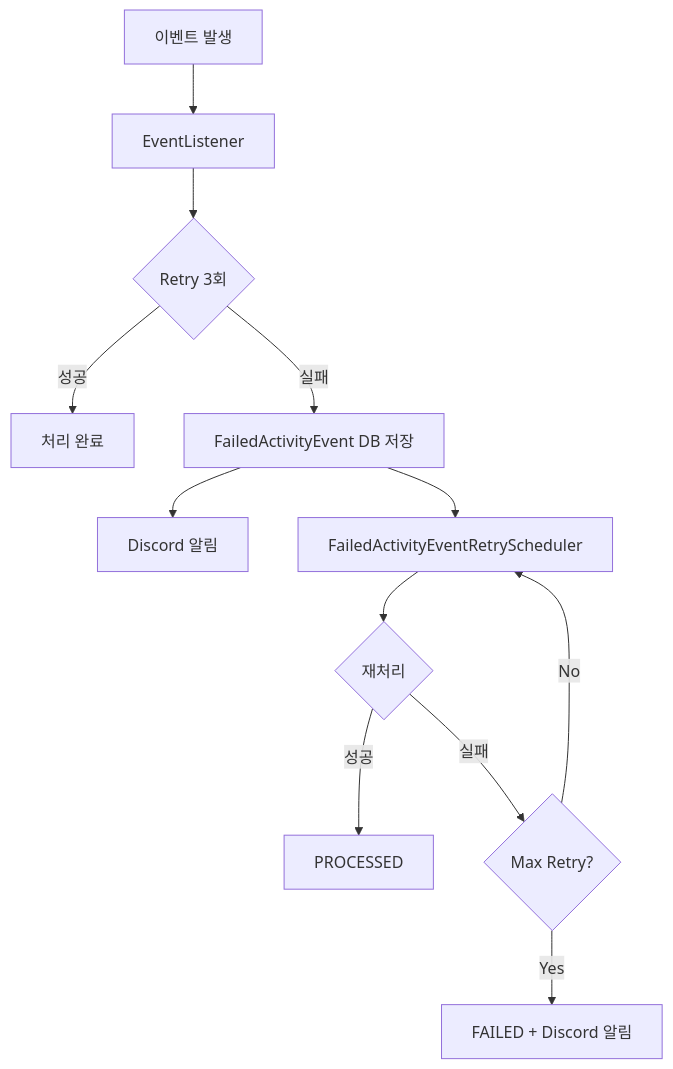
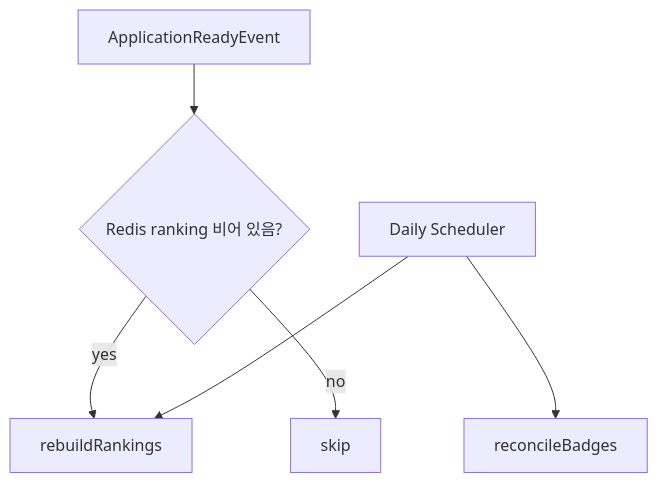
Before and after one commit to beginner0107/eventitta: the seventh of 9 diagrams in docs/ARCHITECTURE.md, drawn with Mermaid. The commit also changed other lines of this file and 949 other files, not shown here.

````diff
--- a/docs/ARCHITECTURE.md
+++ b/docs/ARCHITECTURE.md
@@ -261,14 +345,8 @@
 ```mermaid
 flowchart TD
-    A[이벤트 발생] --> B[EventListener]
-    B --> C{Retry 3회}
-    C -->|성공| D[처리 완료]
-    C -->|실패| E[FailedActivityEvent DB 저장]
-    E --> F[Discord 알림]
-    E --> G[FailedActivityEventRetryScheduler]
-    G --> H{재처리}
-    H -->|성공| I[PROCESSED]
-    H -->|실패| J{Max Retry?}
-    J -->|No| G
-    J -->|Yes| K[FAILED + Discord 알림]
+    A[ApplicationReadyEvent] --> B{Redis ranking 비어 있음?}
+    B -->|yes| C[rebuildRankings]
+    B -->|no| D[skip]
+    E[Daily Scheduler] --> C
+    E --> F[reconcileBadges]
 ```
````
